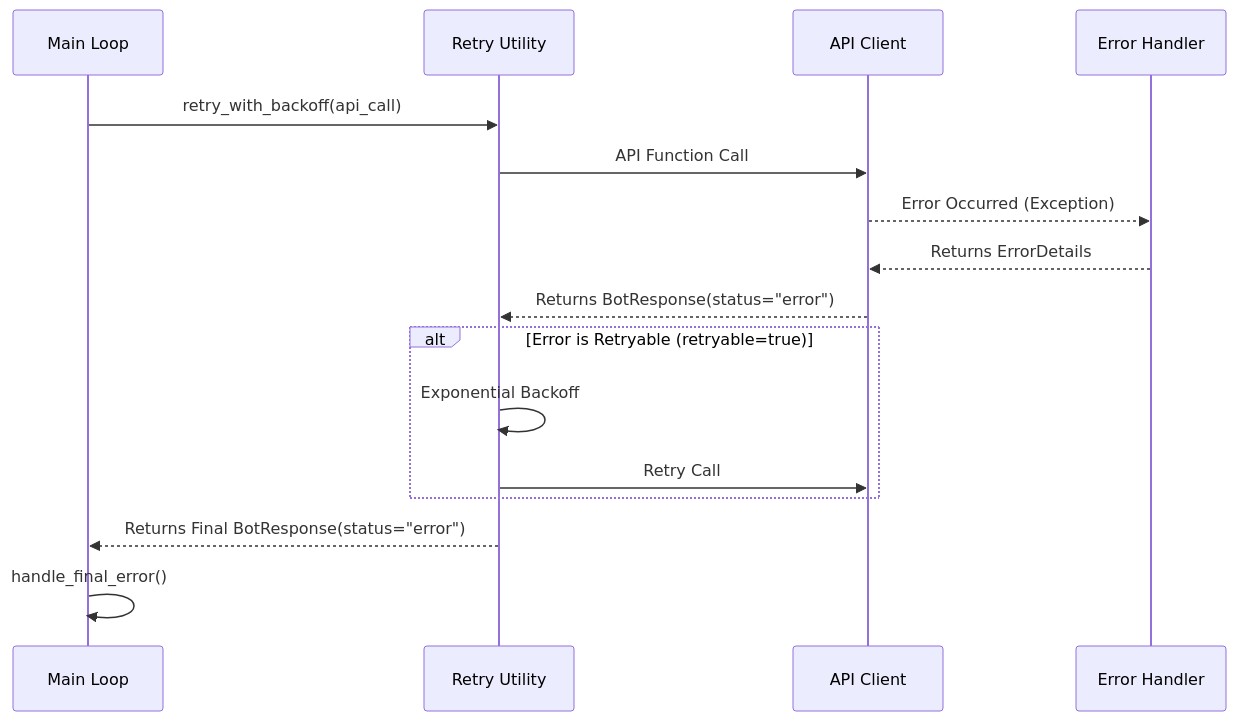
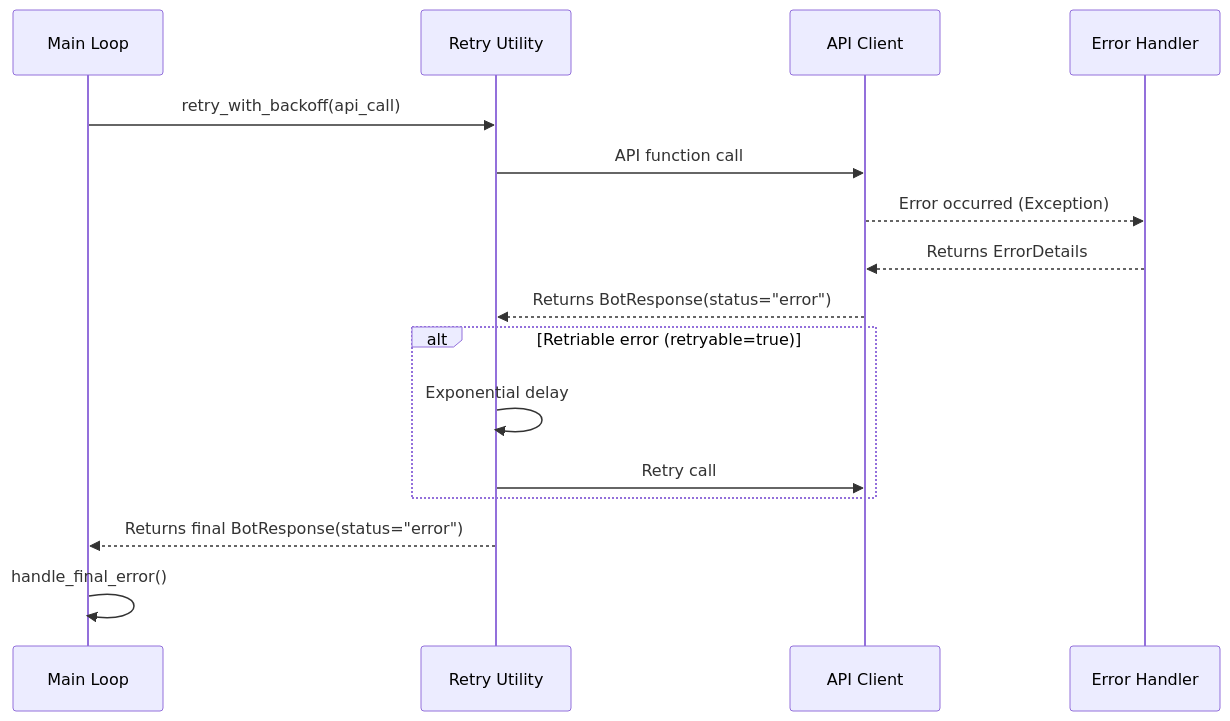
Before and after one commit to dturovskiy/TradingBinanceBot: the diagram in README_LOCALIZATIONS/README_EN.md, drawn with Mermaid. The commit also changed other lines of this file, not shown here.

````diff
--- a/README_LOCALIZATIONS/README_EN.md
+++ b/README_LOCALIZATIONS/README_EN.md
@@ -144,18 +178,18 @@
 ```mermaid
 sequenceDiagram
     participant main_bot as Main Loop
     participant retry_util as Retry Utility
     participant api_client as API Client
     participant error_handler as Error Handler
     main_bot->>retry_util: retry_with_backoff(api_call)
-    retry_util->>api_client: API Function Call
-    api_client-->>error_handler: Error Occurred (Exception)
+    retry_util->>api_client: API function call
+    api_client-->>error_handler: Error occurred (Exception)
     error_handler-->>api_client: Returns ErrorDetails
     api_client-->>retry_util: Returns BotResponse(status="error")
-    alt Error is Retryable (retryable=true)
-        retry_util->>retry_util: Exponential Backoff
-        retry_util->>api_client: Retry Call
+    alt Retriable error (retryable=true)
+        retry_util->>retry_util: Exponential delay
+        retry_util->>api_client: Retry call
     end
-    retry_util-->>main_bot: Returns Final BotResponse(status="error")
+    retry_util-->>main_bot: Returns final BotResponse(status="error")
     main_bot->>main_bot: handle_final_error()
 ```
````
